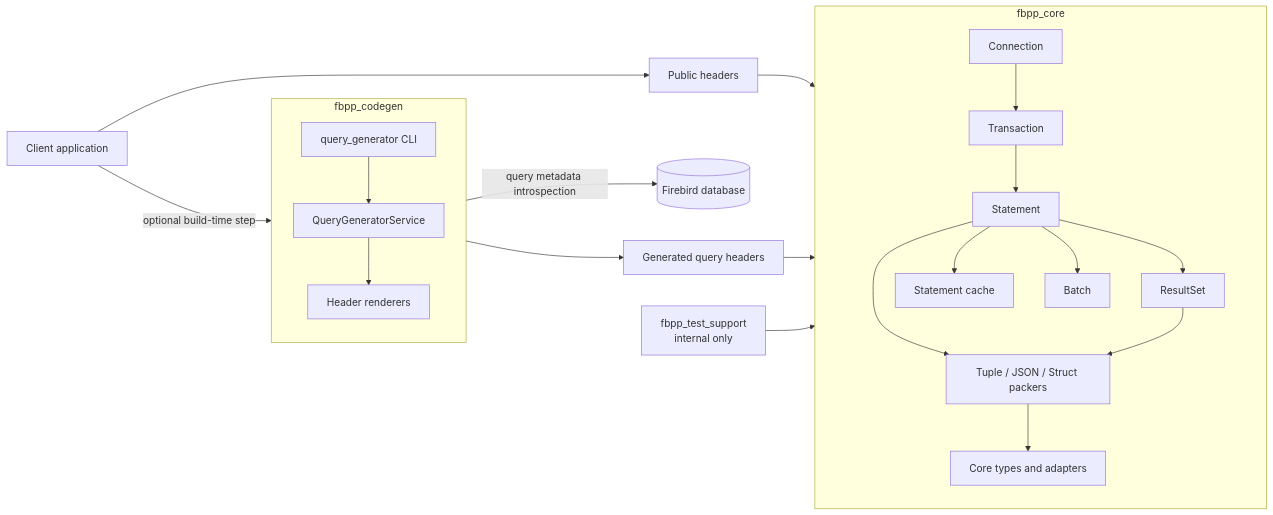
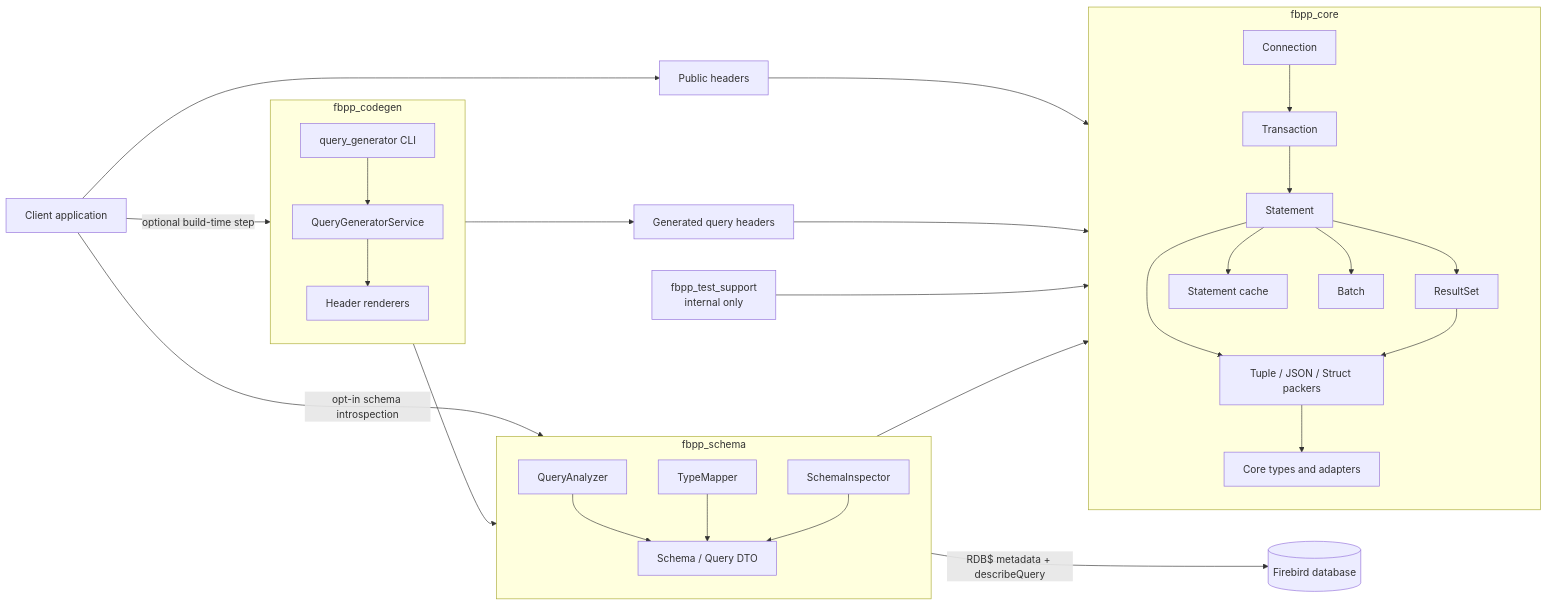
The diagram in doc/fbpp.md (sashok74/fbpp), drawn with Mermaid before and after one commit. The commit also changed other lines of this file and 3 other files, not shown here.

````diff
--- a/doc/fbpp.md
+++ b/doc/fbpp.md
@@ -42,38 +61,53 @@
 ```mermaid
 flowchart LR
     App[Client application] --> Headers["Public headers"]
     Headers --> Core
 
+    App -->|opt-in schema introspection| Schema
     App -->|optional build-time step| Codegen
-    Codegen -->|query metadata introspection| DB[(Firebird database)]
+    Schema -->|RDB$ metadata + describeQuery| DB[(Firebird database)]
+    Codegen --> Schema
     Codegen --> Generated[Generated query headers]
     Generated --> Core
 
     TestSupport[fbpp_test_support\ninternal only] --> Core
 
     subgraph Core["fbpp_core"]
         Connection[Connection]
         Transaction[Transaction]
         Statement[Statement]
         ResultSet[ResultSet]
         Cache[Statement cache]
         Batch[Batch]
         Mapping[Tuple / JSON / Struct packers]
         Types[Core types and adapters]
 
         Connection --> Transaction --> Statement --> ResultSet
         Statement --> Cache
         Statement --> Batch
         Statement --> Mapping
         ResultSet --> Mapping
         Mapping --> Types
     end
 
+    subgraph Schema["fbpp_schema"]
+        Analyzer[QueryAnalyzer]
+        Mapper[TypeMapper]
+        Inspector[SchemaInspector]
+        Dto[Schema / Query DTO]
+
+        Analyzer --> Dto
+        Mapper --> Dto
+        Inspector --> Dto
+    end
+
     subgraph Codegen["fbpp_codegen"]
         QGS[QueryGeneratorService]
         Render[Header renderers]
         CLI[query_generator CLI]
 
         CLI --> QGS --> Render
     end
+
+    Schema --> Core
 ```
````
